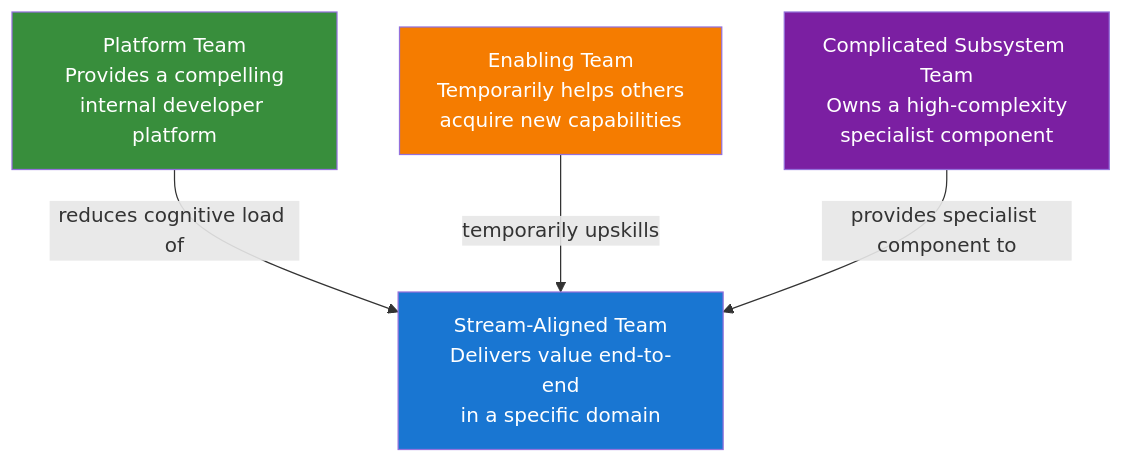
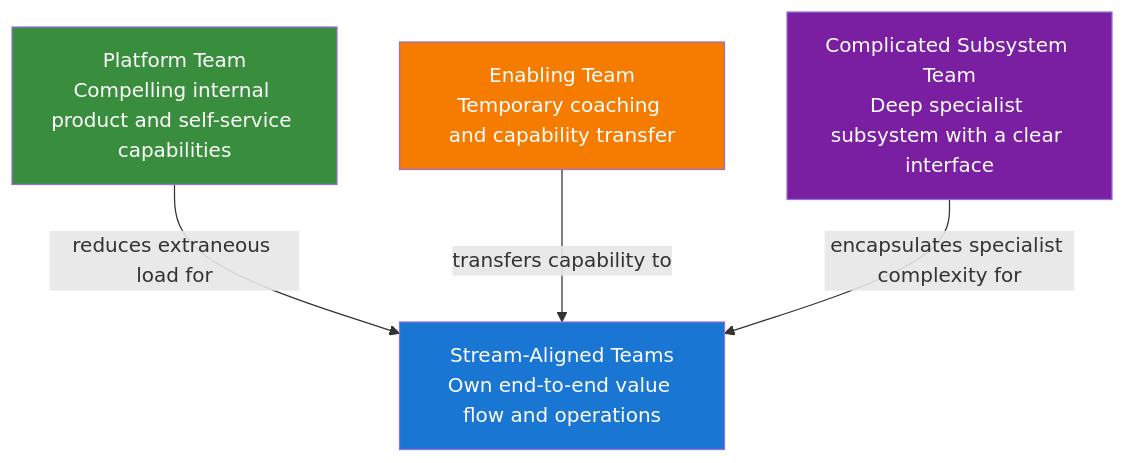
One commit to nitinkc/PrincipalEngineer_InterviewGuide changed the first of 2 diagrams in docs/04.02-team-topologies.md. Above: the diagram before and after it, drawn with Mermaid. The commit also changed other lines of this file and 27 other files, not shown here.

````diff
--- a/docs/04.02-team-topologies.md
+++ b/docs/04.02-team-topologies.md
@@ -25,16 +26,16 @@
 ```mermaid
 graph TD
-    SA["Stream-Aligned Team\nDelivers value end-to-end\nin a specific domain"]
-    PT["Platform Team\nProvides a compelling\ninternal developer platform"]
-    ET["Enabling Team\nTemporarily helps others\nacquire new capabilities"]
-    CS["Complicated Subsystem Team\nOwns a high-complexity\nspecialist component"]
+    SA["Stream-Aligned Teams<br/>Own end-to-end value flow and operations"]
+    PT["Platform Team<br/>Compelling internal product and self-service capabilities"]
+    ET["Enabling Team<br/>Temporary coaching and capability transfer"]
+    CS["Complicated Subsystem Team<br/>Deep specialist subsystem with a clear interface"]
 
-    PT -->|"reduces cognitive load of"| SA
-    ET -->|"temporarily upskills"| SA
-    CS -->|"provides specialist component to"| SA
+    PT -->|"reduces extraneous load for"| SA
+    ET -->|"transfers capability to"| SA
+    CS -->|"encapsulates specialist complexity for"| SA
 
     style SA fill:#1976D2,color:#fff
     style PT fill:#388E3C,color:#fff
     style ET fill:#F57C00,color:#fff
     style CS fill:#7B1FA2,color:#fff
 ```
````
